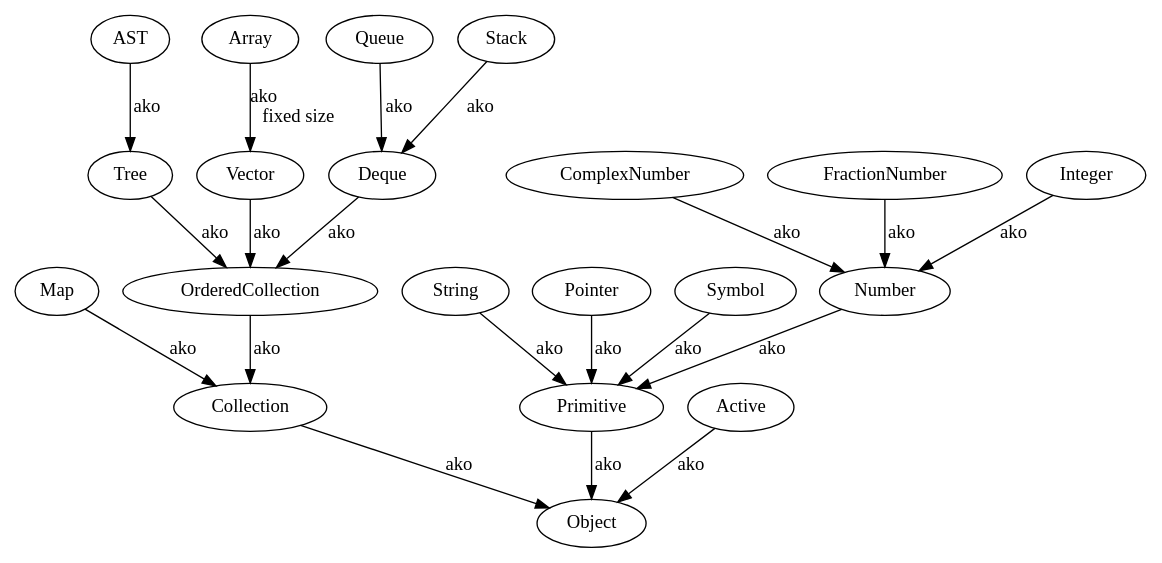
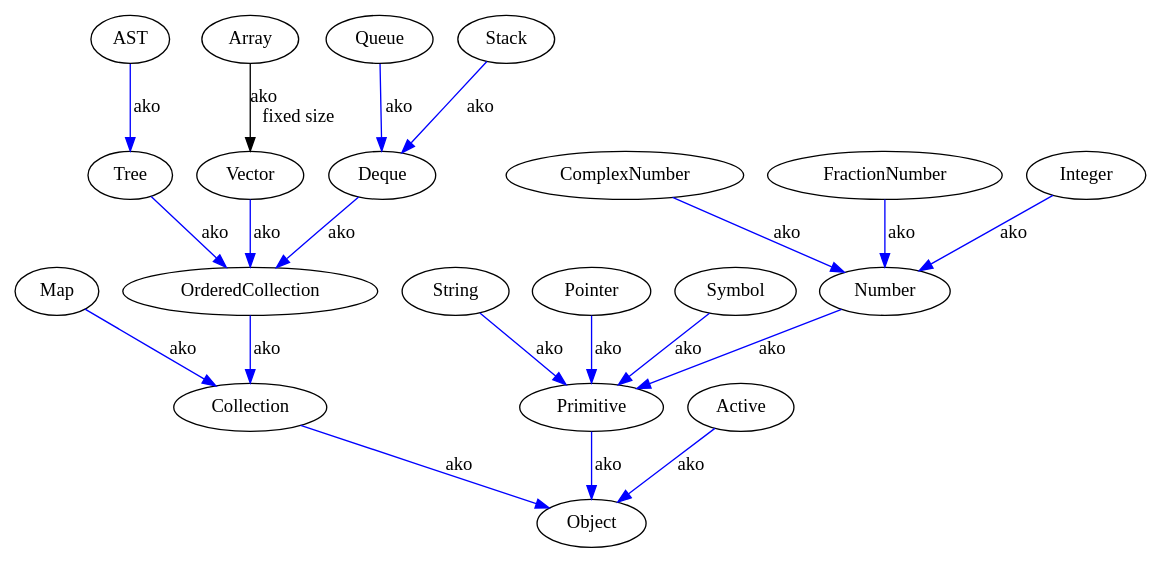
The diagram in doc/sym/00.dot (ponyatov/DLR), drawn with Graphviz before and after one commit. The commit also changed 8 other files, not shown here.

```diff
--- a/doc/sym/00.dot
+++ b/doc/sym/00.dot
@@ -1,18 +1,18 @@
 digraph {
-Symbol -> Primitive -> Object [label=ako];
-Number -> Primitive [label=ako];
-ComplexNumber -> Number [label=ako];
-FractionNumber -> Number [label=ako];
-Integer -> Number [label=ako];
-String -> Primitive [label=ako];
-AST -> Tree -> OrderedCollection -> Collection -> Object [label=ako];
-#"Graph" -> OrderedCollection [label=ako];
-Vector -> OrderedCollection [label=ako];
-Map -> Collection [label=ako];
-Queue -> Deque -> OrderedCollection [label=ako];
-Stack -> Deque [label=ako];
+Symbol -> Primitive -> Object [label=ako,color=blue];
+Number -> Primitive [label=ako,color=blue];
+ComplexNumber -> Number [label=ako,color=blue];
+FractionNumber -> Number [label=ako,color=blue];
+Integer -> Number [label=ako,color=blue];
+String -> Primitive [label=ako,color=blue];
+AST -> Tree -> OrderedCollection -> Collection -> Object [label=ako,color=blue];
+#"Graph" -> OrderedCollection [label=ako,color=blue];
+Vector -> OrderedCollection [label=ako,color=blue];
+Map -> Collection [label=ako,color=blue];
+Queue -> Deque -> OrderedCollection [label=ako,color=blue];
+Stack -> Deque [label=ako,color=blue];
 Array -> Vector [label="ako\l fixed size"];
 #Array -> Primitive [label=is];
-Active -> Object [label=ako];
-Pointer -> Primitive [label=ako];
+Active -> Object [label=ako,color=blue];
+Pointer -> Primitive [label=ako,color=blue];
 }
```
